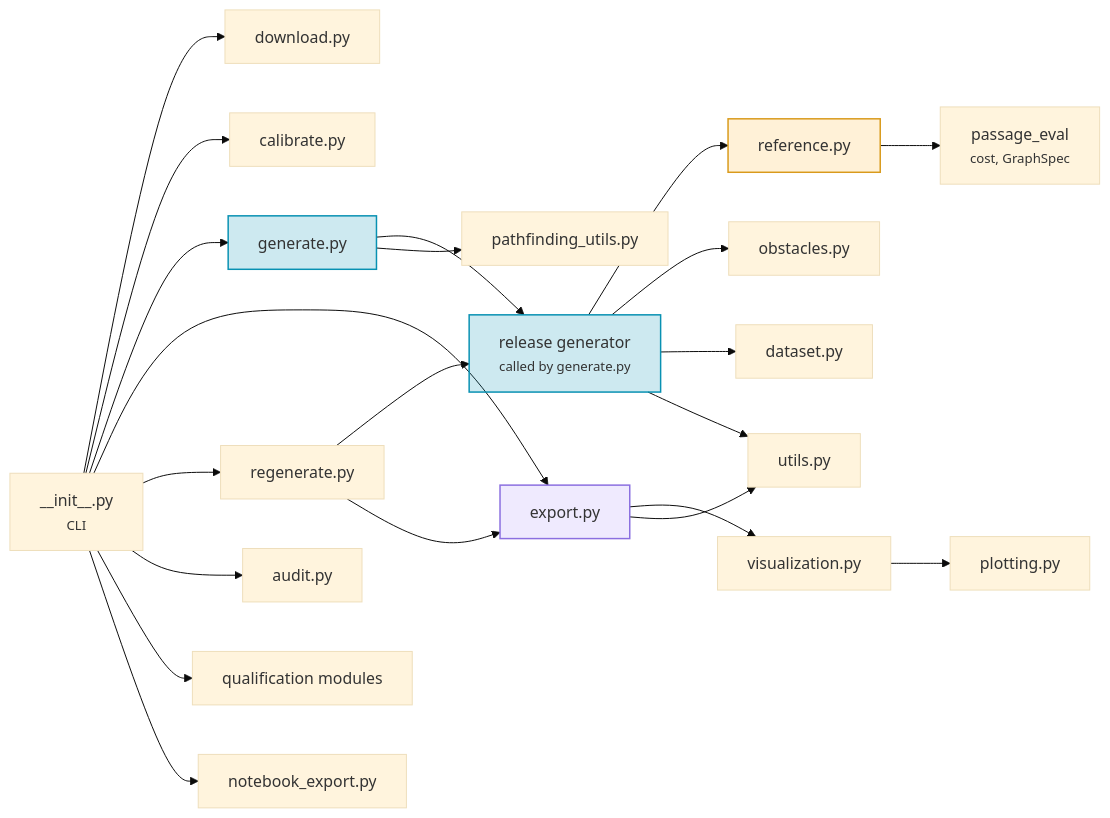
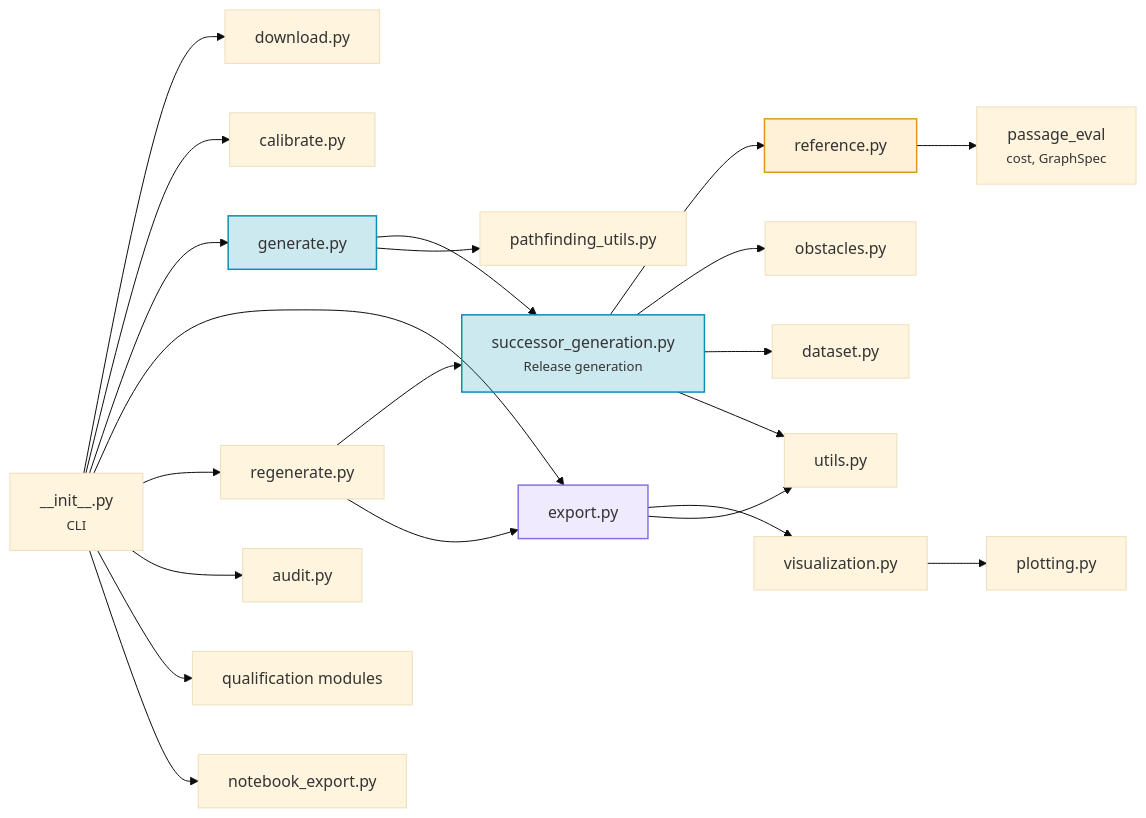
Before and after one commit to ThalesGroup/passage: the diagram in docs/architecture/modules.md, drawn with Mermaid (base theme). The commit also changed other lines of this file and 54 other files, not shown here.

````diff
--- a/docs/architecture/modules.md
+++ b/docs/architecture/modules.md
@@ -13,29 +13,29 @@
 ```mermaid
 graph LR
     INIT["__init__.py<br><small>CLI</small>"] --> DL["download.py"]
     INIT --> CAL["calibrate.py"]
     INIT --> GEN["generate.py"]
     INIT --> EXP["export.py"]
     INIT --> REG["regenerate.py"]
     INIT --> AUD["audit.py"]
     INIT --> QUA["qualification modules"]
     INIT --> NBX["notebook_export.py"]
 
-    GEN --> RG["release generator<br><small>called by generate.py</small>"]
+    GEN --> RG["successor_generation.py<br><small>Release generation</small>"]
     REG --> RG
     REG --> EXP
     RG --> REF["reference.py"]
     RG --> OBS["obstacles.py"]
     RG --> DS["dataset.py"]
     RG --> UTL["utils.py"]
     GEN --> PF["pathfinding_utils.py"]
     EXP --> VIZ["visualization.py"]
     VIZ --> PLT["plotting.py"]
     EXP --> UTL
     REF --> PE["passage_eval<br><small>cost, GraphSpec</small>"]
 
     style GEN fill:#0891b233,stroke:#0891b2,stroke-width:1.5px
     style RG fill:#0891b233,stroke:#0891b2,stroke-width:1.5px
     style REF fill:#ffb93833,stroke:#d99a1b,stroke-width:1.5px
     style EXP fill:#a78bfa2e,stroke:#8b6fe0,stroke-width:1.5px
 ```
````
